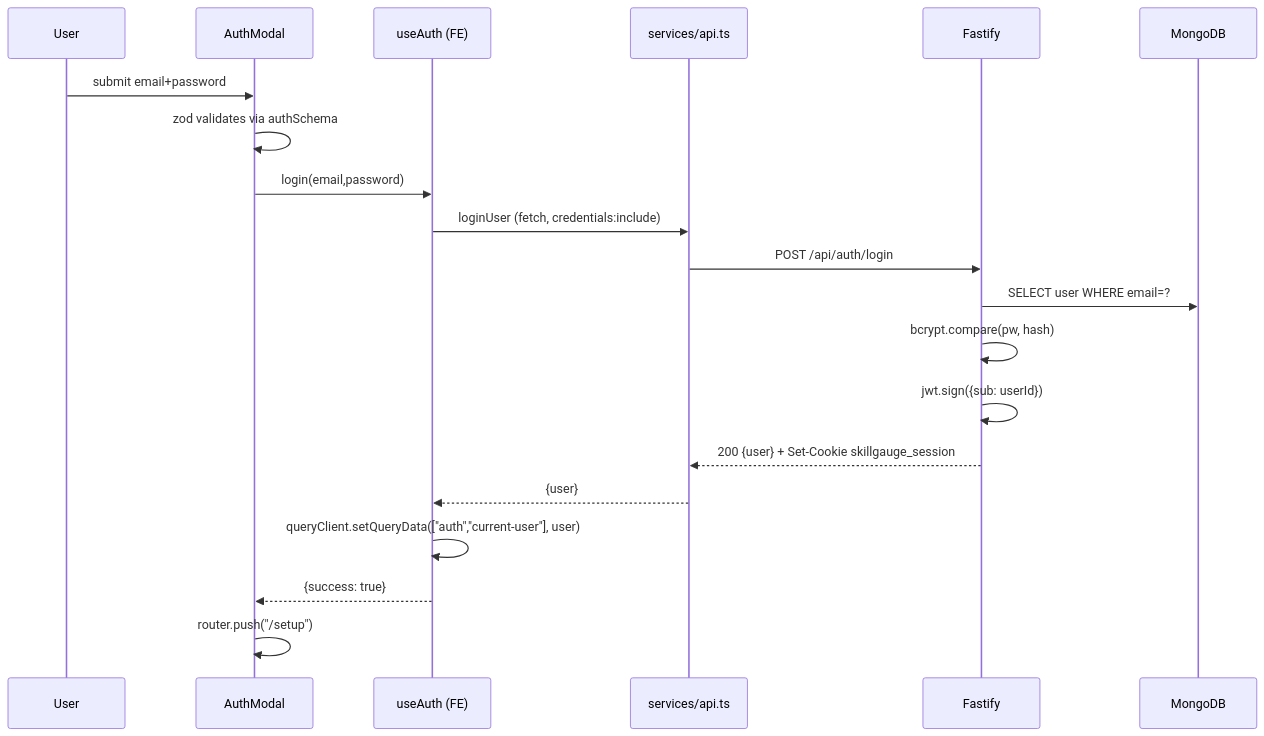
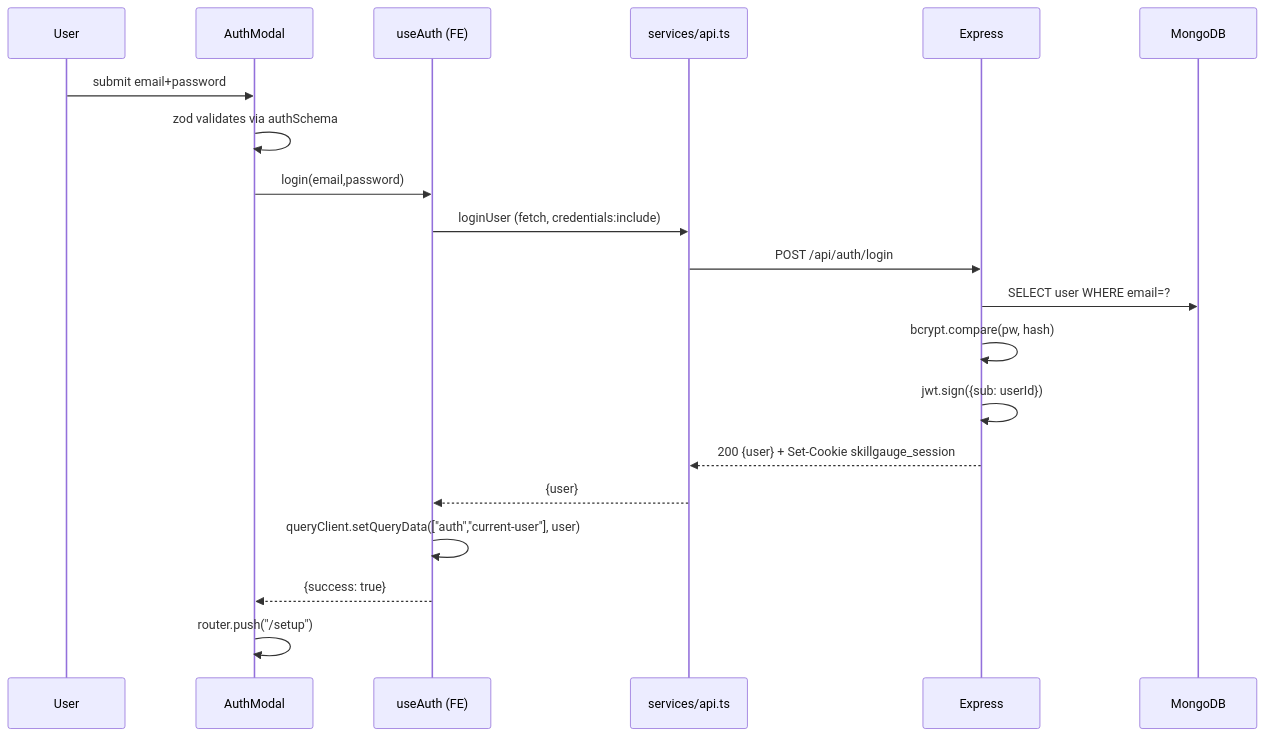
Before and after one commit to knayan1234/SkillGauge: the seventh of 8 diagrams in ARCHITECTURE.md, drawn with Mermaid. The commit also changed other lines of this file and 113 other files, not shown here.

````diff
--- a/ARCHITECTURE.md
+++ b/ARCHITECTURE.md
@@ -820,23 +839,23 @@
 ```mermaid
 sequenceDiagram
   participant U as User
   participant M as AuthModal
   participant H as useAuth (FE)
   participant A as services/api.ts
-  participant BE as Fastify
+  participant BE as Express
   participant DB as MongoDB
 
   U->>M: submit email+password
   M->>M: zod validates via authSchema
   M->>H: login(email,password)
   H->>A: loginUser (fetch, credentials:include)
   A->>BE: POST /api/auth/login
   BE->>DB: SELECT user WHERE email=?
   BE->>BE: bcrypt.compare(pw, hash)
   BE->>BE: jwt.sign({sub: userId})
   BE-->>A: 200 {user} + Set-Cookie skillgauge_session
   A-->>H: {user}
   H->>H: queryClient.setQueryData(["auth","current-user"], user)
   H-->>M: {success: true}
   M->>M: router.push("/setup")
 ```
````
